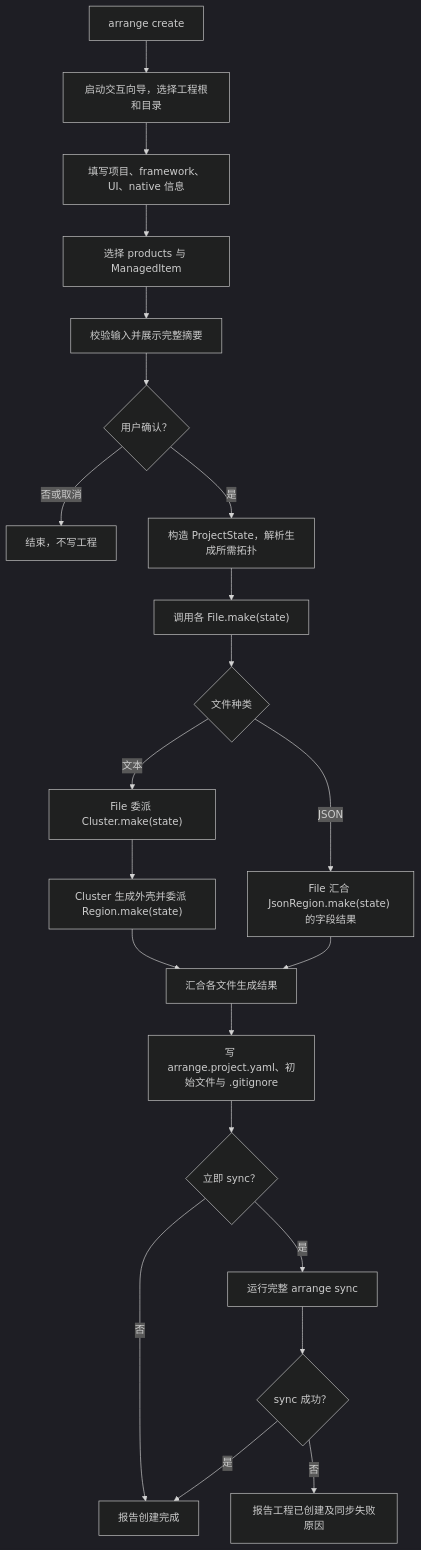
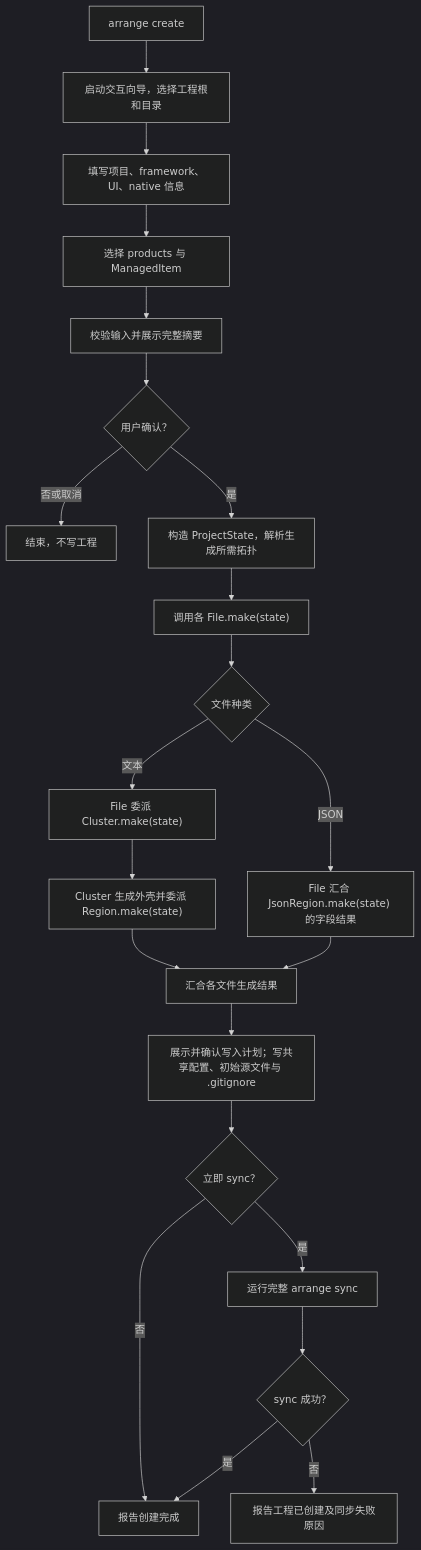
One commit to EarzuChan/Arrange changed the first of 12 diagrams in docs/proj/m2/2/命令定义.md. Above: the diagram before and after it, drawn with Mermaid (dark theme). The commit also changed other lines of this file and 210 other files, not shown here.

````diff
--- a/docs/proj/m2/2/命令定义.md
+++ b/docs/proj/m2/2/命令定义.md
@@ -29,24 +29,24 @@
 ```mermaid
 flowchart TD
     A["arrange create"] --> B["启动交互向导，选择工程根和目录"]
     B --> C["填写项目、framework、UI、native 信息"]
     C --> D["选择 products 与 ManagedItem"]
     D --> E["校验输入并展示完整摘要"]
     E --> F{"用户确认？"}
     F -->|否或取消| AB["结束，不写工程"]
     F -->|是| G["构造 ProjectState，解析生成所需拓扑"]
     G --> H["调用各 File.make(state)"]
     H --> I{"文件种类"}
     I -->|文本| J["File 委派 Cluster.make(state)"]
     J --> K["Cluster 生成外壳并委派 Region.make(state)"]
     I -->|JSON| L["File 汇合 JsonRegion.make(state) 的字段结果"]
     K --> M["汇合各文件生成结果"]
     L --> M
-    M --> N["写 arrange.project.yaml、初始文件与 .gitignore"]
+    M --> N["展示并确认写入计划；写共享配置、初始源文件与 .gitignore"]
     N --> O{"立即 sync？"}
     O -->|否| DONE["报告创建完成"]
     O -->|是| P["运行完整 arrange sync"]
     P --> Q{"sync 成功？"}
     Q -->|是| DONE
     Q -->|否| FAIL["报告工程已创建及同步失败原因"]
 ```
````
